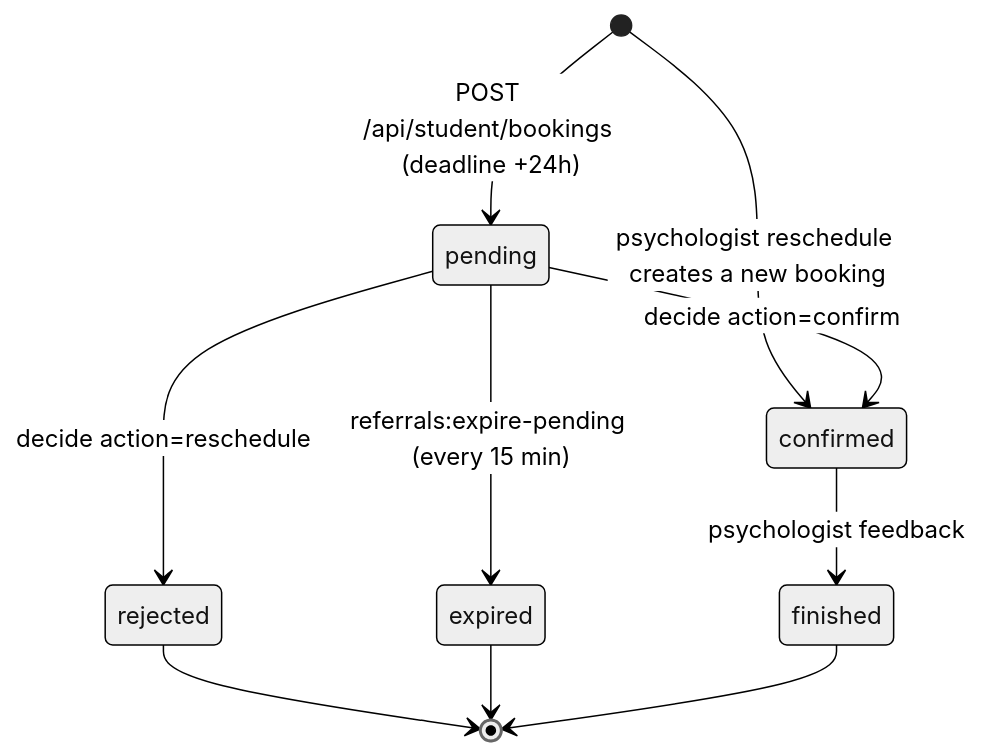
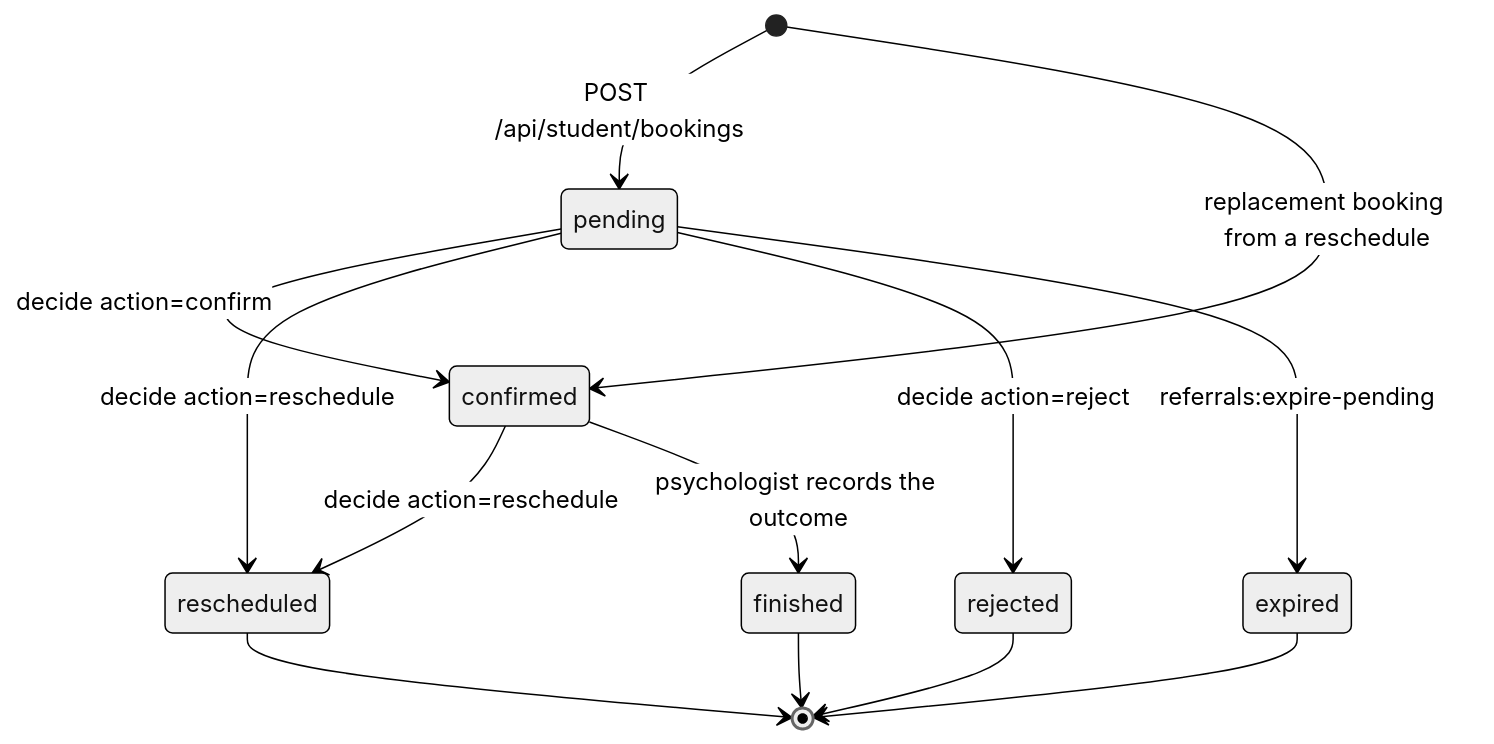
Before and after one commit to novarentech/appiks-backend: the fifth of 6 diagrams in docs/foundation/08-state-machines.md, drawn with Mermaid (neutral theme). The commit also changed other lines of this file and 30 other files, not shown here.

````diff
--- a/docs/foundation/08-state-machines.md
+++ b/docs/foundation/08-state-machines.md
@@ -183,14 +231,17 @@
 ```mermaid
 %% Source: app/Actions/CreateBookingScheduleAction.php, app/Actions/Psychologist/DecideReferralAction.php,
 %% app/Console/Commands/ExpirePendingReferrals.php, app/Http/Controllers/PsychologistSummaryController.php
 stateDiagram-v2
-    [*] --> pending : POST /api/student/bookings (deadline +24h)
-    [*] --> confirmed : psychologist reschedule creates a new booking
+    [*] --> pending : POST /api/student/bookings
+    [*] --> confirmed : replacement booking from a reschedule
     pending --> confirmed : decide action=confirm
-    pending --> rejected : decide action=reschedule
-    pending --> expired : referrals:expire-pending (every 15 min)
-    confirmed --> finished : psychologist feedback
+    pending --> rescheduled : decide action=reschedule
+    pending --> rejected : decide action=reject
+    pending --> expired : referrals:expire-pending
+    confirmed --> rescheduled : decide action=reschedule
+    confirmed --> finished : psychologist records the outcome
+    rescheduled --> [*]
     rejected --> [*]
     expired --> [*]
     finished --> [*]
 ```
````
